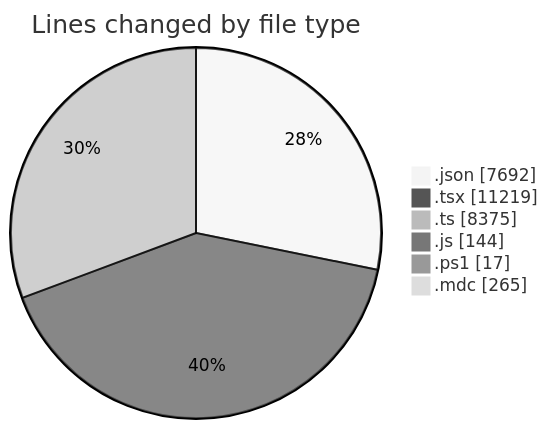
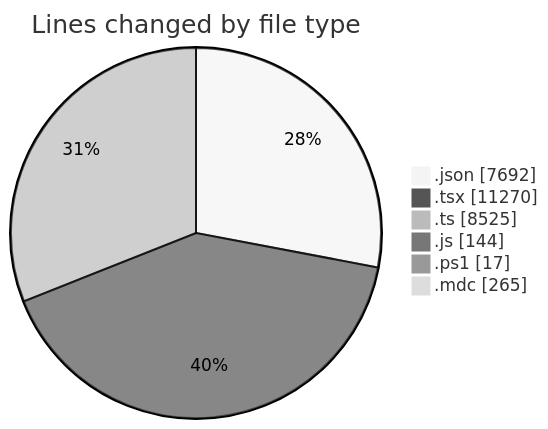
One commit to CELIANVF/code-tracking changed the first of 2 diagrams in 2025-06-10/ecodeli-1/README.md. Above: the diagram before and after it, drawn with Mermaid (neutral theme). The commit also changed other lines of this file and 1 other file, not shown here.

````diff
--- a/2025-06-10/ecodeli-1/README.md
+++ b/2025-06-10/ecodeli-1/README.md
@@ -85,10 +86,10 @@
 ```mermaid
 pie showData
 title Lines changed by file type
 ".json" : 7692
-".tsx" : 11219
-".ts" : 8375
+".tsx" : 11270
+".ts" : 8525
 ".js" : 144
 ".ps1" : 17
 ".mdc" : 265
 ```
````
